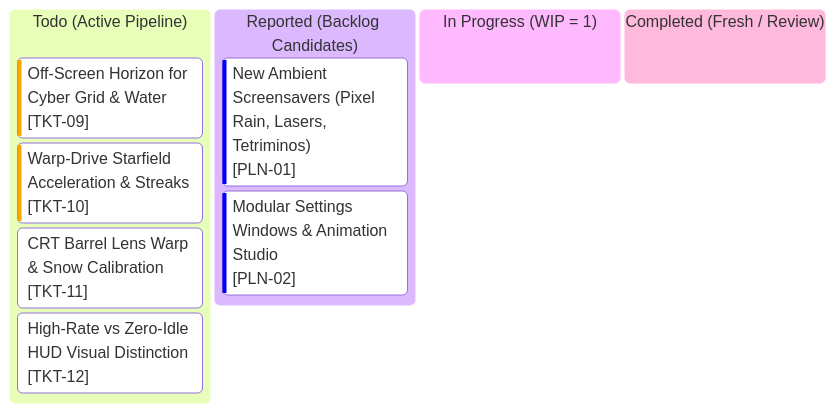
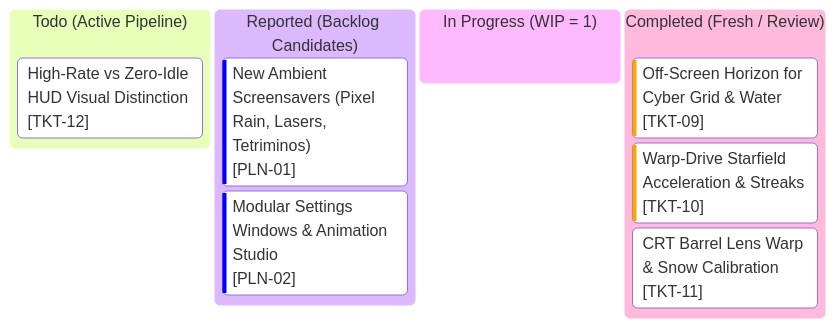
The diagram in kanban.md (AlitheiaDeus/Clockity), drawn with Mermaid before and after one commit. The commit also changed other lines of this file and 4 other files, not shown here.

First line of the commit message:
feat(sprint-3): off-screen perspective horizon, relativistic warp starfield, crt barrel warp and snow calibration

````diff
--- a/kanban.md
+++ b/kanban.md
@@ -3,13 +3,13 @@
 ```mermaid
 kanban
   todo["Todo (Active Pipeline)"]
-    tkt09["Off-Screen Horizon for Cyber Grid & Water"]@{ ticket: '[TKT-09]', priority: 'High' }
-    tkt10["Warp-Drive Starfield Acceleration & Streaks"]@{ ticket: '[TKT-10]', priority: 'High' }
-    tkt11["CRT Barrel Lens Warp & Snow Calibration"]@{ ticket: '[TKT-11]', priority: 'Medium' }
     tkt12["High-Rate vs Zero-Idle HUD Visual Distinction"]@{ ticket: '[TKT-12]', priority: 'Medium' }
   reported["Reported (Backlog Candidates)"]
     pln01["New Ambient Screensavers (Pixel Rain, Lasers, Tetriminos)"]@{ ticket: '[PLN-01]', priority: 'Low' }
     pln02["Modular Settings Windows & Animation Studio"]@{ ticket: '[PLN-02]', priority: 'Low' }
   in_progress["In Progress (WIP = 1)"]
   completed["Completed (Fresh / Review)"]
+    tkt09["Off-Screen Horizon for Cyber Grid & Water"]@{ ticket: '[TKT-09]', priority: 'High' }
+    tkt10["Warp-Drive Starfield Acceleration & Streaks"]@{ ticket: '[TKT-10]', priority: 'High' }
+    tkt11["CRT Barrel Lens Warp & Snow Calibration"]@{ ticket: '[TKT-11]', priority: 'Medium' }
 ```
````
